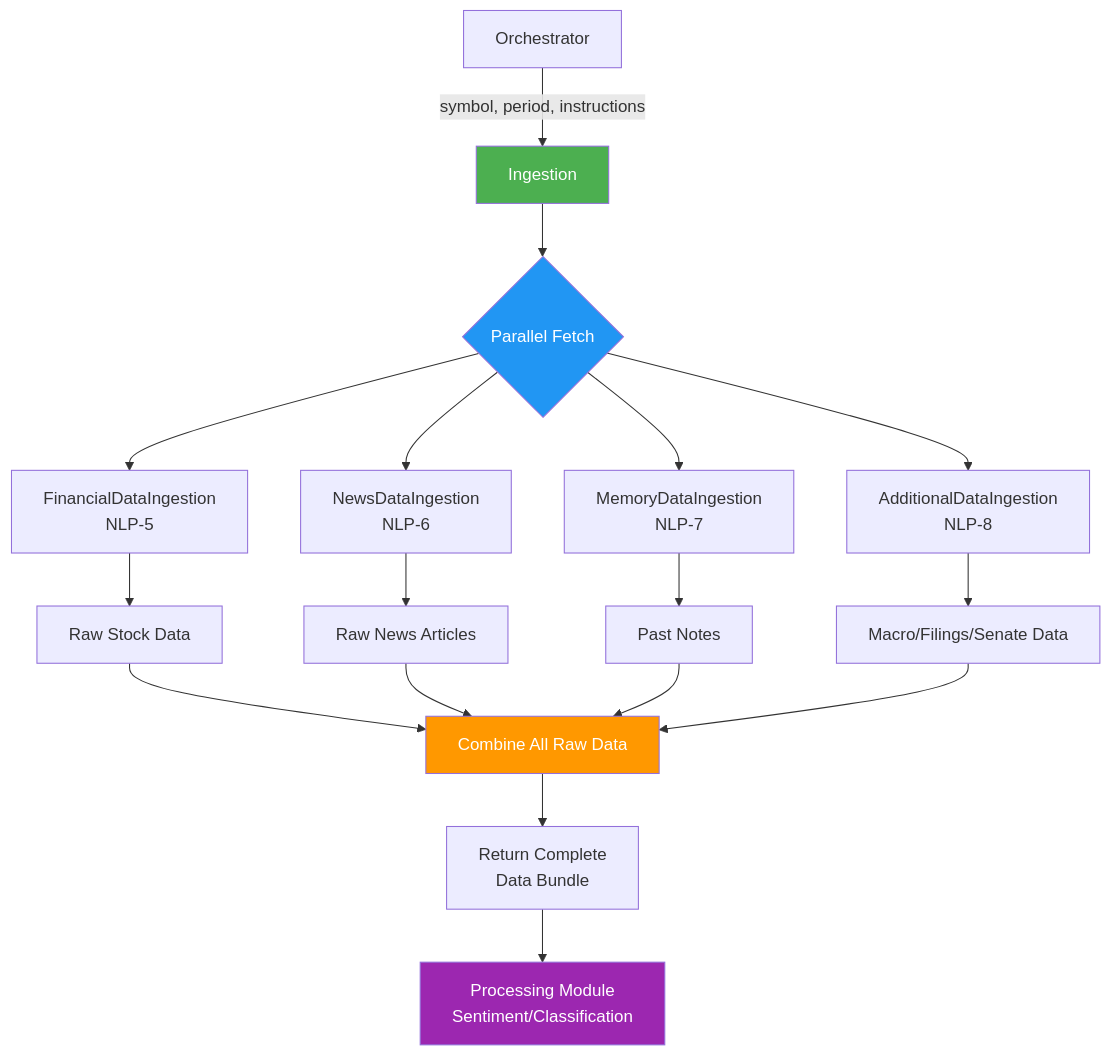
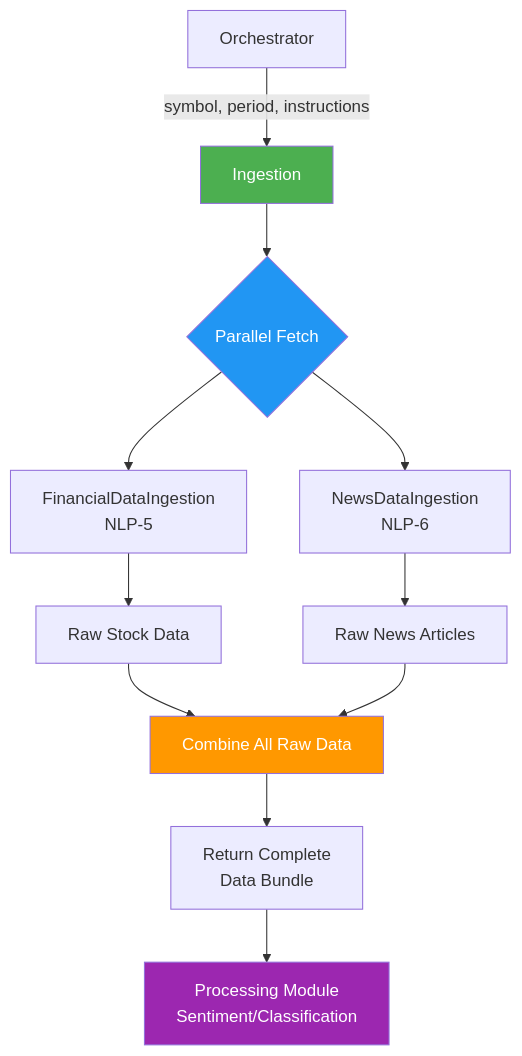
Before and after one commit to victorhg/aai-520-final-project-group5: the first of 3 diagrams in src/ingestion/ingestion-flow.md, drawn with Mermaid. The commit also changed other lines of this file, not shown here.

Commit message:
Update ingestion-flow documentation

````diff
--- a/src/ingestion/ingestion-flow.md
+++ b/src/ingestion/ingestion-flow.md
@@ -74,28 +58,23 @@
 ```mermaid
 graph TB
     A[Orchestrator] -->|symbol, period, instructions| B[Ingestion]
     B --> C{Parallel Fetch}
     
     C --> D[FinancialDataIngestion<br/>NLP-5]
     C --> E[NewsDataIngestion<br/>NLP-6]
-    C --> F[MemoryDataIngestion<br/>NLP-7]
-    C --> G[AdditionalDataIngestion<br/>NLP-8]
     
     D --> H[Raw Stock Data]
     E --> I[Raw News Articles]
-    F --> J[Past Notes]
-    G --> K[Macro/Filings/Senate Data]
     
     H --> L[Combine All Raw Data]
     I --> L
-    J --> L
-    K --> L
+
     
     L --> M[Return Complete<br/>Data Bundle]
     M --> N[Processing Module<br/>Sentiment/Classification]
     
     style B fill:#4CAF50,color:#fff
     style C fill:#2196F3,color:#fff
     style L fill:#FF9800,color:#fff
     style N fill:#9C27B0,color:#fff
 ```
````
